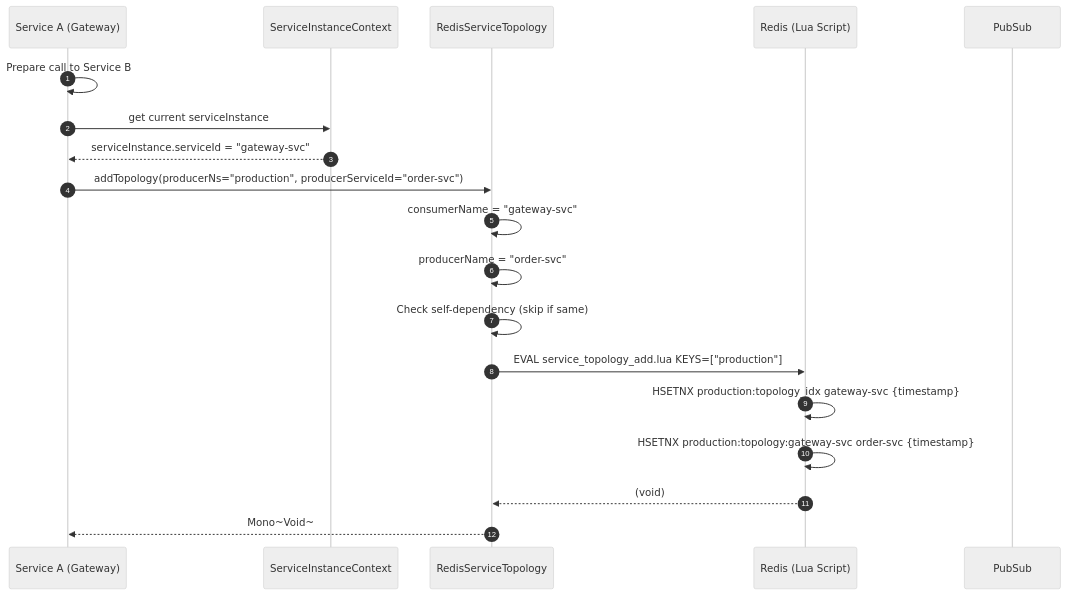
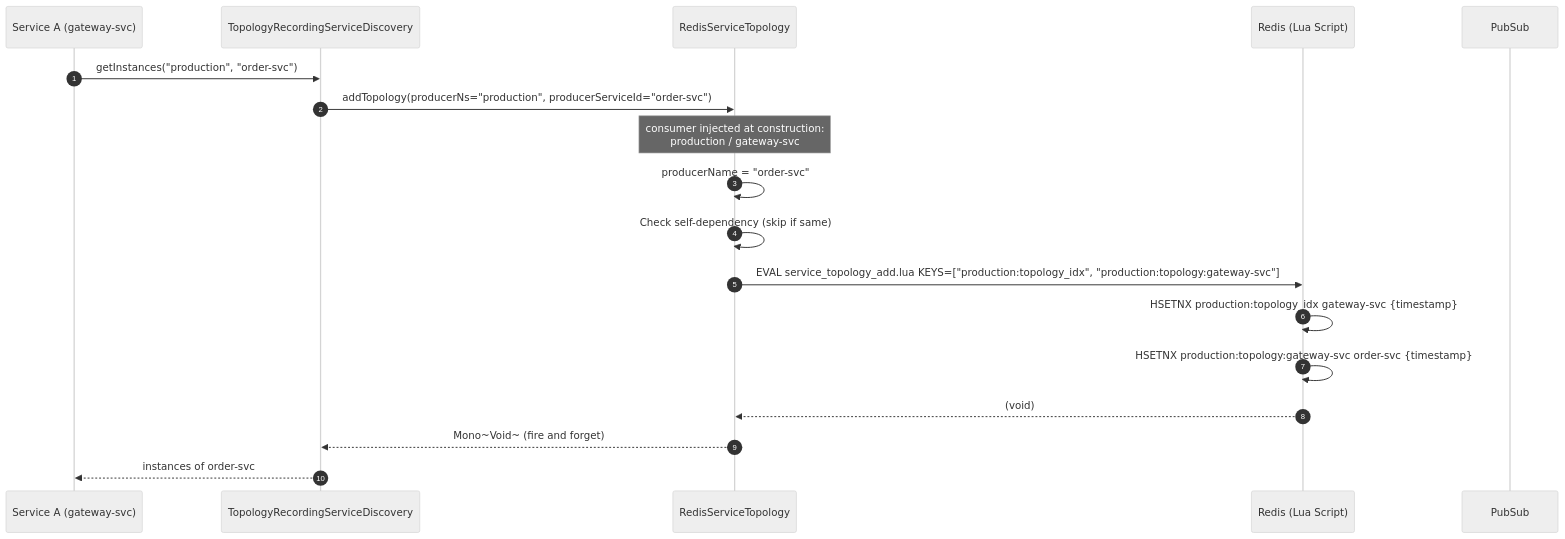
One commit to Ahoo-Wang/CoSky changed the third of 5 diagrams in wiki/guide/service-topology.md. Above: the diagram before and after it, drawn with Mermaid (neutral theme). The commit also changed other lines of this file and 201 other files, not shown here.

First line of the commit message:
Architecture & quality overhaul: consistent caches, Lua modularization, expiry reaping, security hardening (#985)

````diff
--- a/wiki/guide/service-topology.md
+++ b/wiki/guide/service-topology.md
@@ -104,22 +109,21 @@
 ```mermaid
 sequenceDiagram
     autonumber
-    participant SvcA as Service A (Gateway)
-    participant SC as ServiceInstanceContext
+    participant SvcA as Service A (gateway-svc)
+    participant TRD as TopologyRecordingServiceDiscovery
     participant RST as RedisServiceTopology
     participant Redis as Redis (Lua Script)
     participant Sub as PubSub
 
-    SvcA->>SvcA: Prepare call to Service B
-    SvcA->>SC: get current serviceInstance
-    SC-->>SvcA: serviceInstance.serviceId = "gateway-svc"
-    SvcA->>RST: addTopology(producerNs="production", producerServiceId="order-svc")
-    RST->>RST: consumerName = "gateway-svc"
+    SvcA->>TRD: getInstances("production", "order-svc")
+    TRD->>RST: addTopology(producerNs="production", producerServiceId="order-svc")
+    Note over RST: consumer injected at construction:<br>production / gateway-svc
     RST->>RST: producerName = "order-svc"
     RST->>RST: Check self-dependency (skip if same)
-    RST->>Redis: EVAL service_topology_add.lua KEYS=["production"]
+    RST->>Redis: EVAL service_topology_add.lua KEYS=["production:topology_idx", "production:topology:gateway-svc"]
     Redis->>Redis: HSETNX production:topology_idx gateway-svc {timestamp}
     Redis->>Redis: HSETNX production:topology:gateway-svc order-svc {timestamp}
     Redis-->>RST: (void)
-    RST-->>SvcA: Mono~Void~
+    RST-->>TRD: Mono~Void~ (fire and forget)
+    TRD-->>SvcA: instances of order-svc
 ```
````
